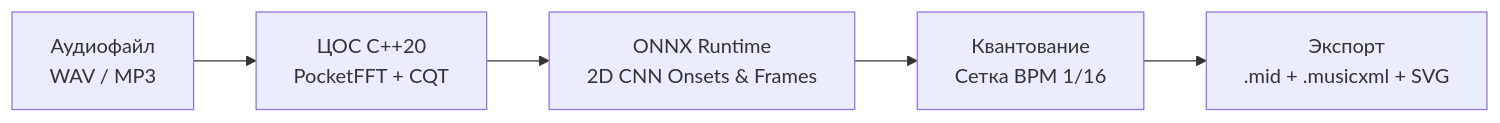
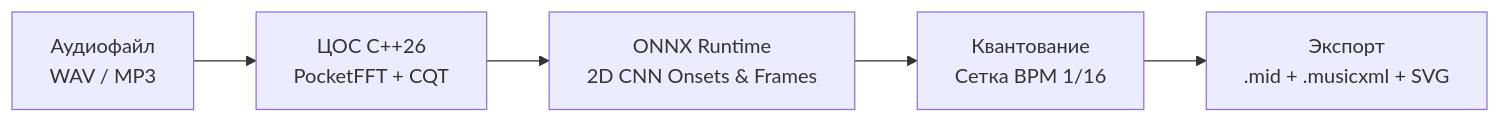
Before and after one commit to m0pis/aitranscribe: the diagram in README.md, drawn with Mermaid. The commit also changed other lines of this file, not shown here.

````diff
--- a/README.md
+++ b/README.md
@@ -89,12 +89,12 @@
 ```mermaid
 flowchart LR
     A[Аудиофайл
-WAV / MP3] --> B[ЦОС C++20
+WAV / MP3] --> B[ЦОС C++26
 PocketFFT + CQT]
     B --> C[ONNX Runtime
 2D CNN Onsets & Frames]
     C --> D[Квантование
 Сетка BPM 1/16]
     D --> E[Экспорт
 .mid + .musicxml + SVG]
 ```
````
